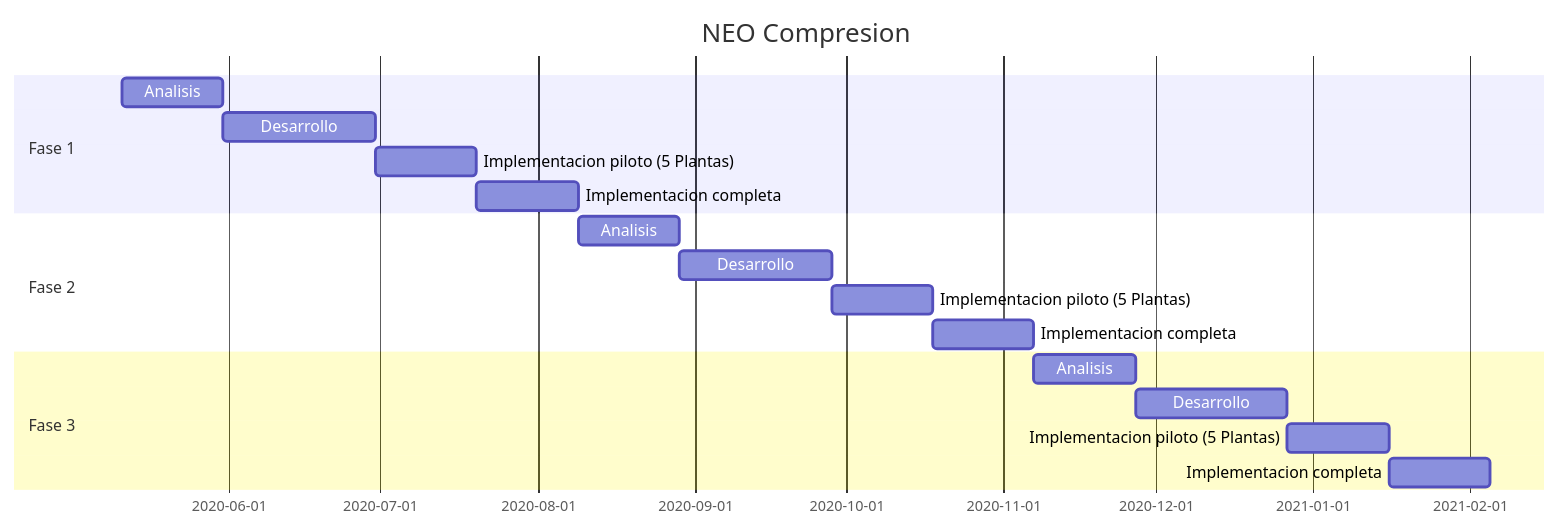
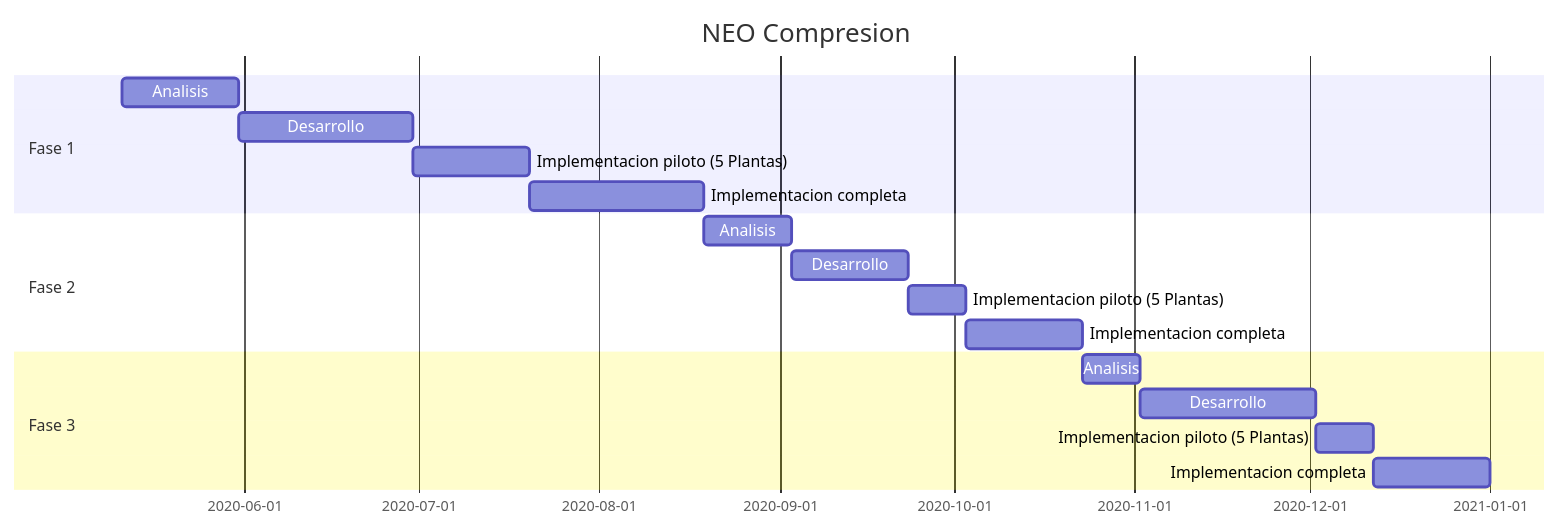
The diagram in NEO - Compresion.md (festavillo/neo-cp), drawn with Mermaid before and after one commit. The commit also changed other lines of this file, not shown here.

Commit message:
NEO - Compresion.md updated from https://stackedit.io/

````diff
--- a/NEO - Compresion.md
+++ b/NEO - Compresion.md
@@ -24,23 +24,23 @@
 ```mermaid
 gantt
     title NEO Compresion
     dateFormat  YYYY-MM-DD
-    section Fase 1  
+    section Fase 1
     Analisis           :a1, 2020-05-11, 20d
     Desarrollo         :a2, after a1, 30d
     Implementacion piloto (5 Plantas)     :a3, after a2  , 20d
-    Implementacion completa     :a4, after a3  , 20d
+    Implementacion completa     :a4, after a3  , 30d
 
     section Fase 2
-    Analisis           :a5, after a4 , 20d
-    Desarrollo         :a6, after a5, 30d
-    Implementacion piloto (5 Plantas)     :a7, after a6  , 20d
+    Analisis           :a5, after a4 , 15d
+    Desarrollo         :a6, after a5, 20d
+    Implementacion piloto (5 Plantas)     :a7, after a6  , 10d
     Implementacion completa     :a8, after a7  , 20d
 
 section Fase 3
-    Analisis           :a9, after a8 , 20d
+    Analisis           :a9, after a8 , 10d
     Desarrollo         :a10, after a9, 30d
-    Implementacion piloto (5 Plantas)     :a11, after a10  , 20d
+    Implementacion piloto (5 Plantas)     :a11, after a10  , 10d
     Implementacion completa     :a12, after a11  , 20d
 
 ```
````
